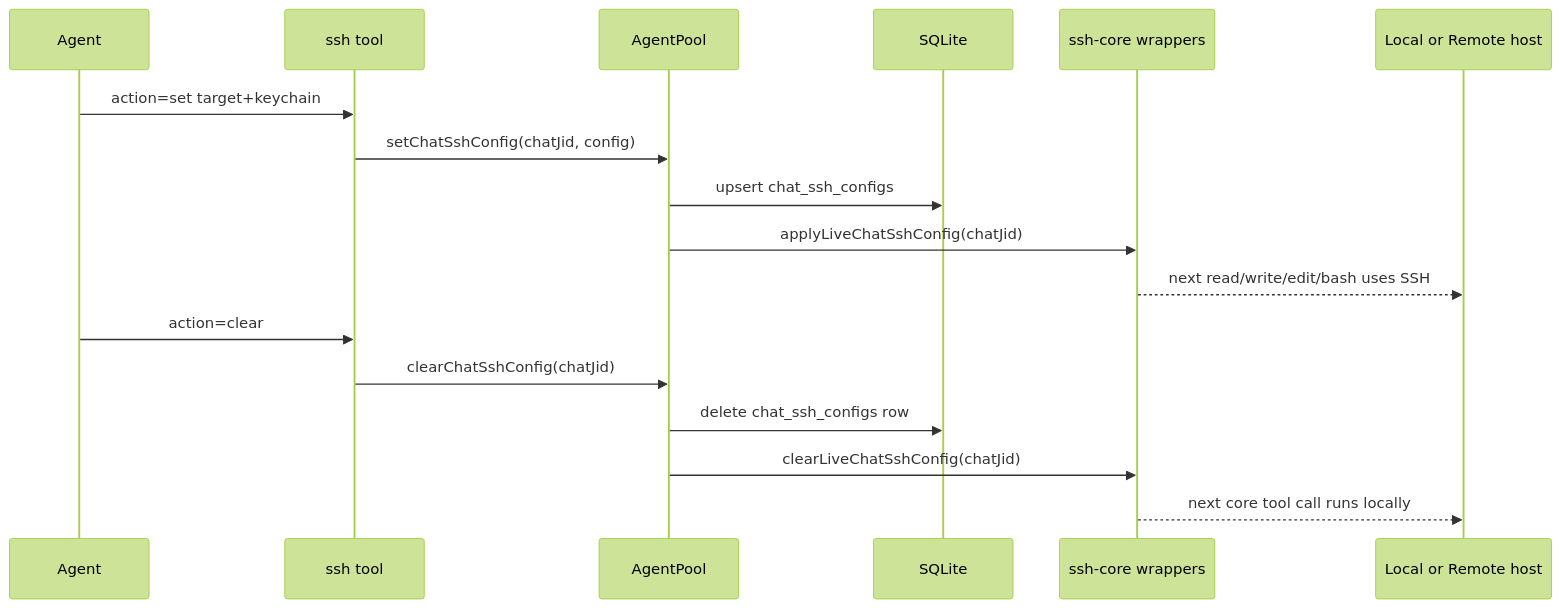
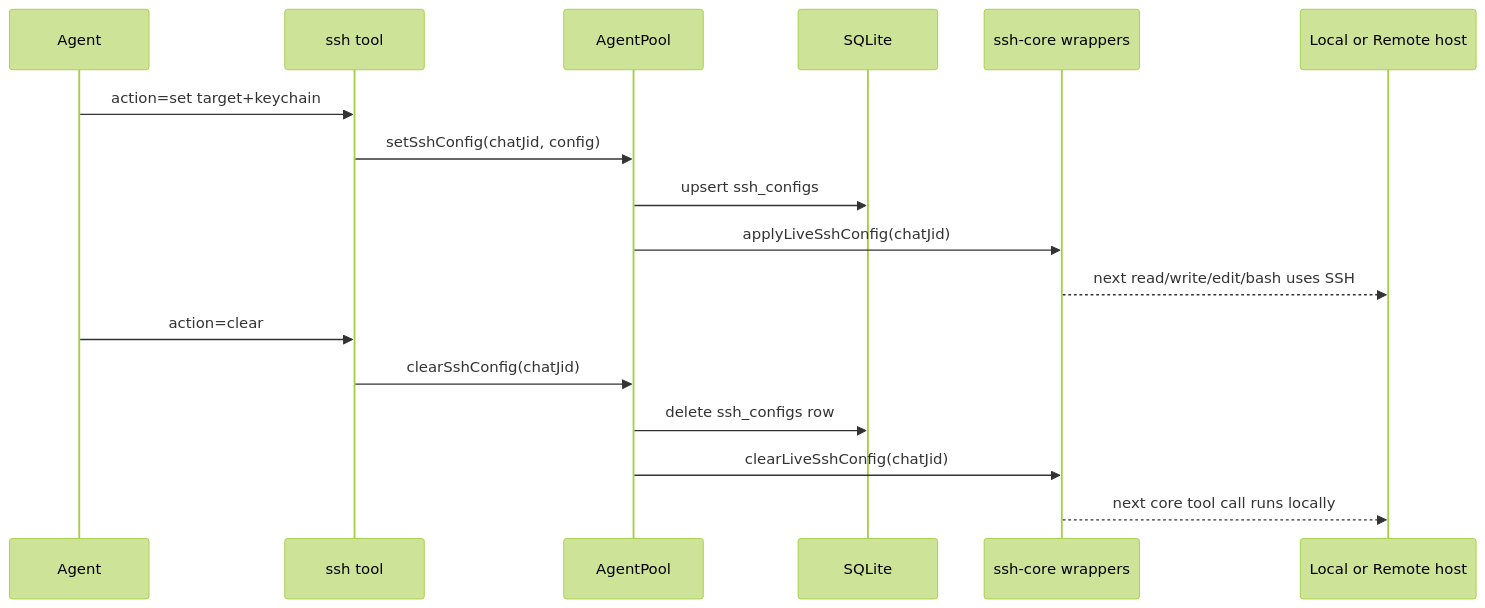
The fourth of 4 diagrams in docs/runtime-flows.md (Lingzo/piclaw), drawn with Mermaid (forest theme) before and after one commit. The commit also changed other lines of this file and 68 other files, not shown here.

Commit message:
Unify infra tools and expand Proxmox provisioning flows

````diff
--- a/docs/runtime-flows.md
+++ b/docs/runtime-flows.md
@@ -233,21 +233,21 @@
 ```mermaid
 sequenceDiagram
   participant Agent
   participant ssh as ssh tool
   participant Pool as AgentPool
   participant DB as SQLite
   participant Core as ssh-core wrappers
   participant Host as Local or Remote host
 
   Agent->>ssh: action=set target+keychain
-  ssh->>Pool: setChatSshConfig(chatJid, config)
-  Pool->>DB: upsert chat_ssh_configs
-  Pool->>Core: applyLiveChatSshConfig(chatJid)
+  ssh->>Pool: setSshConfig(chatJid, config)
+  Pool->>DB: upsert ssh_configs
+  Pool->>Core: applyLiveSshConfig(chatJid)
   Core-->>Host: next read/write/edit/bash uses SSH
 
   Agent->>ssh: action=clear
-  ssh->>Pool: clearChatSshConfig(chatJid)
-  Pool->>DB: delete chat_ssh_configs row
-  Pool->>Core: clearLiveChatSshConfig(chatJid)
+  ssh->>Pool: clearSshConfig(chatJid)
+  Pool->>DB: delete ssh_configs row
+  Pool->>Core: clearLiveSshConfig(chatJid)
   Core-->>Host: next core tool call runs locally
 ```
````
